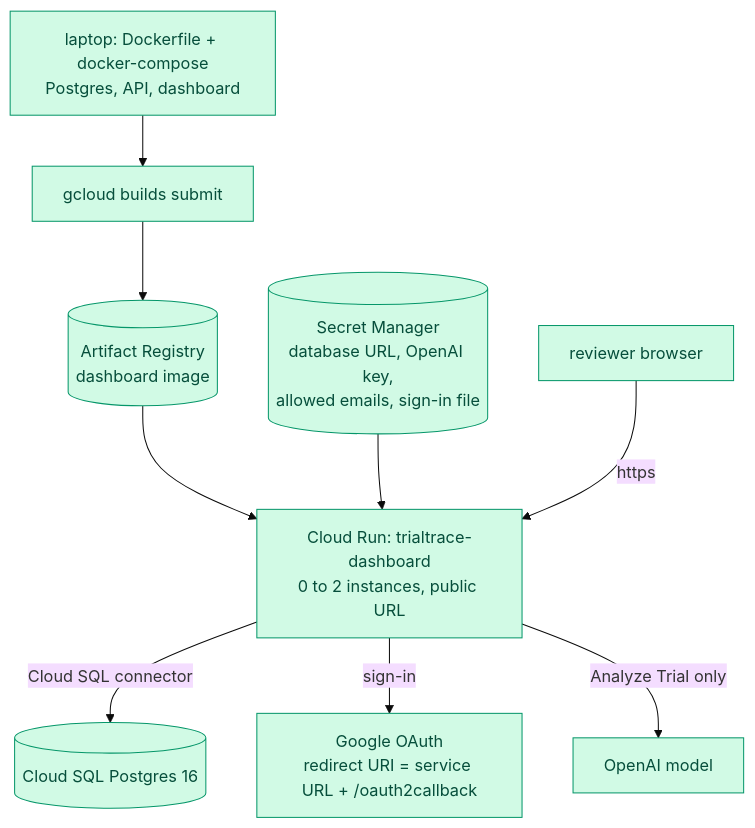
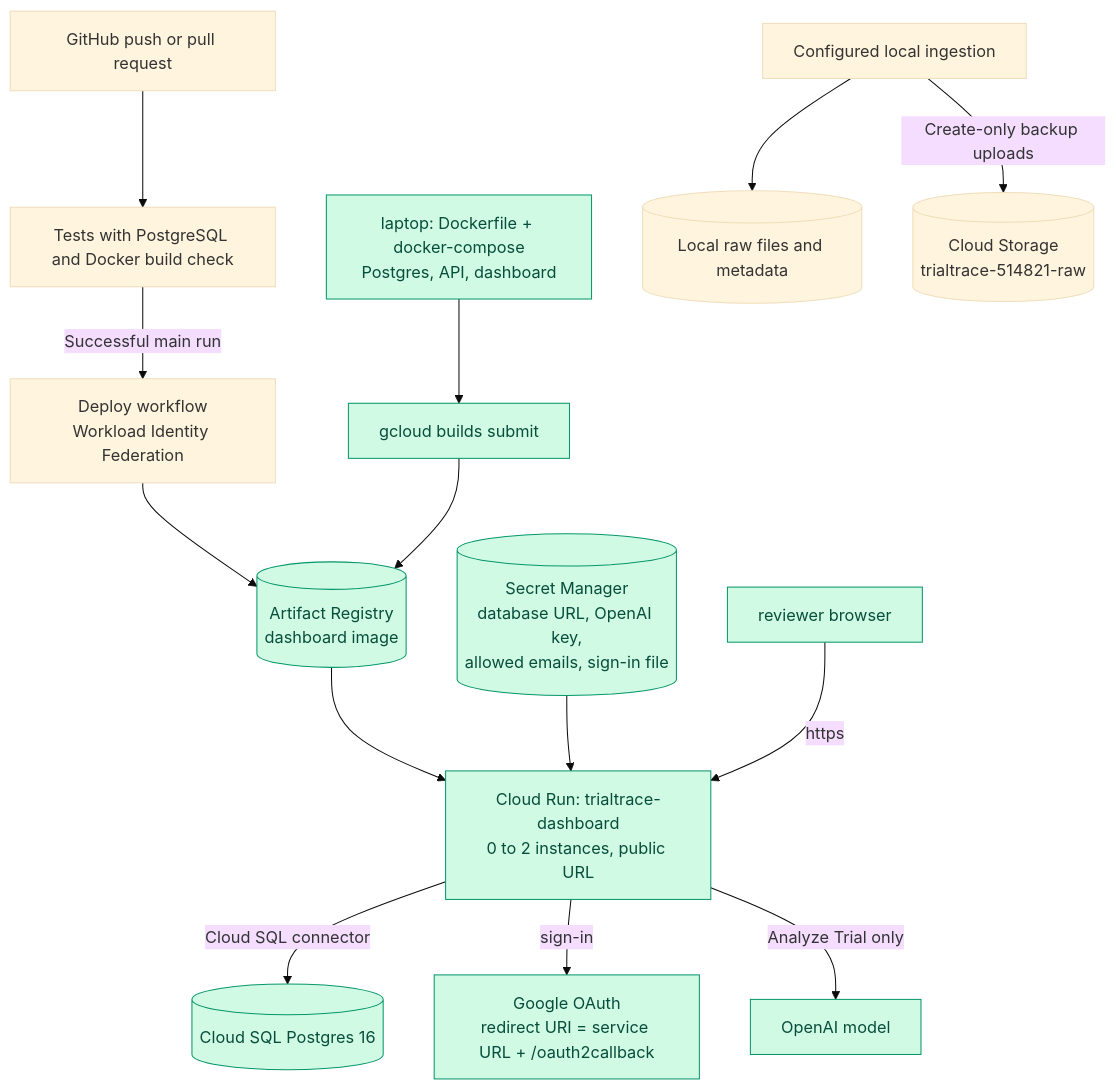
One commit to vthottempudi1/TrialTrace changed the tenth of 11 diagrams in docs/WORKFLOWS.md. Above: the diagram before and after it, drawn with Mermaid (base theme). The commit also changed other lines of this file and 14 other files, not shown here.

Commit message:
Outcome overview, sort by risk, raw backup to Cloud Storage

````diff
--- a/docs/WORKFLOWS.md
+++ b/docs/WORKFLOWS.md
@@ -254,15 +277,20 @@
 ```mermaid
 flowchart TD
   L["laptop: Dockerfile + docker-compose<br/>Postgres, API, dashboard"] --> B["gcloud builds submit"]
+  GH["GitHub push or pull request"] --> CI["Tests with PostgreSQL and Docker build check"]
+  CI -->|"Successful main run"| CD["Deploy workflow<br/>Workload Identity Federation"]
+  CD --> AR
   B --> AR[("Artifact Registry<br/>dashboard image")]
   AR --> CR["Cloud Run: trialtrace-dashboard<br/>0 to 2 instances, public URL"]
   SM[("Secret Manager<br/>database URL, OpenAI key,<br/>allowed emails, sign-in file")] --> CR
   CR -->|"Cloud SQL connector"| SQL[("Cloud SQL Postgres 16")]
   CR -->|"sign-in"| GO["Google OAuth<br/>redirect URI = service URL + /oauth2callback"]
   CR -->|"Analyze Trial only"| OA["OpenAI model"]
   U["reviewer browser"] -->|"https"| CR
+  ING["Configured local ingestion"] --> LOCAL[("Local raw files and metadata")]
+  ING -->|"Create-only backup uploads"| GCS[("Cloud Storage<br/>trialtrace-514821-raw")]
 
   classDef built fill:#d1fae5,stroke:#059669,color:#064e3b
   classDef planned fill:#e5e7eb,stroke:#6b7280,color:#374151
   class L,B,AR,CR,SM,SQL,GO,OA,U built
 ```
````
